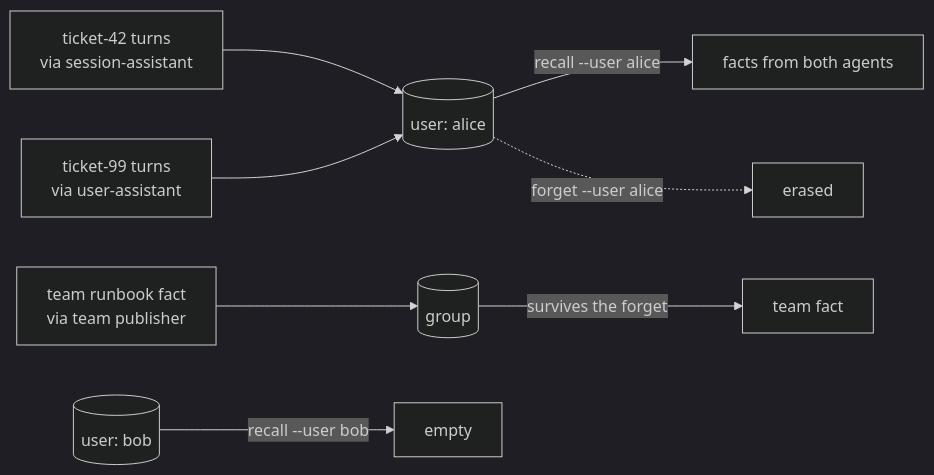
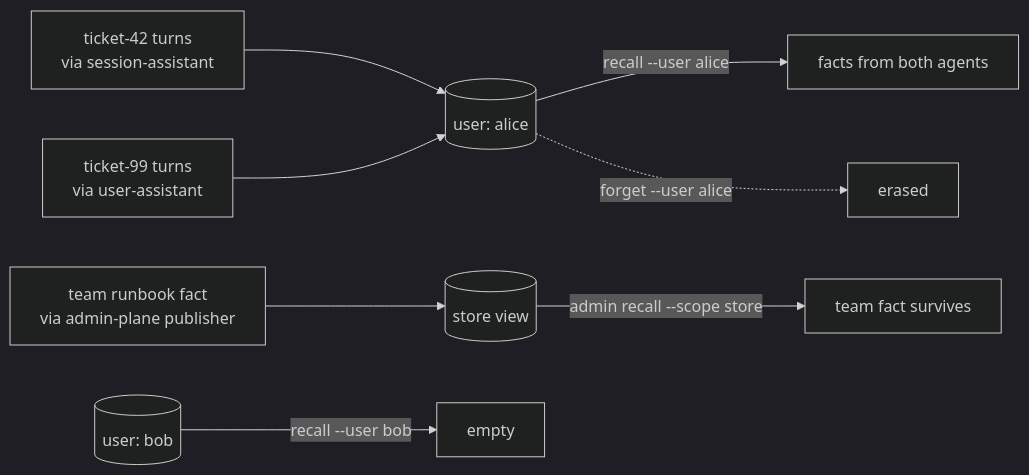
Before and after one commit to axsaucedo/kaos-adrs: the third of 4 diagrams in memory/blog/BLOGPOST_DRAFT_PART_4.md, drawn with Mermaid (dark theme). The commit also changed other lines of this file, not shown here.

First line of the commit message:
blog(part4): rework worked example against the merged read-scope model

````diff
--- a/memory/blog/BLOGPOST_DRAFT_PART_4.md
+++ b/memory/blog/BLOGPOST_DRAFT_PART_4.md
@@ -286,11 +296,11 @@
 ```mermaid
 graph LR
   T42["ticket-42 turns<br/>via session-assistant"] --> UA[("user: alice")]
   T99["ticket-99 turns<br/>via user-assistant"] --> UA
-  TP["team runbook fact<br/>via team publisher"] --> G[("group")]
+  TP["team runbook fact<br/>via admin-plane publisher"] --> S[("store view")]
 
   UA -->|"recall --user alice"| R1["facts from both agents"]
   UB[("user: bob")] -->|"recall --user bob"| R2["empty"]
   UA -.->|"forget --user alice"| X["erased"]
-  G -->|"survives the forget"| R3["team fact"]
+  S -->|"admin recall --scope store"| R3["team fact survives"]
 ```
````
